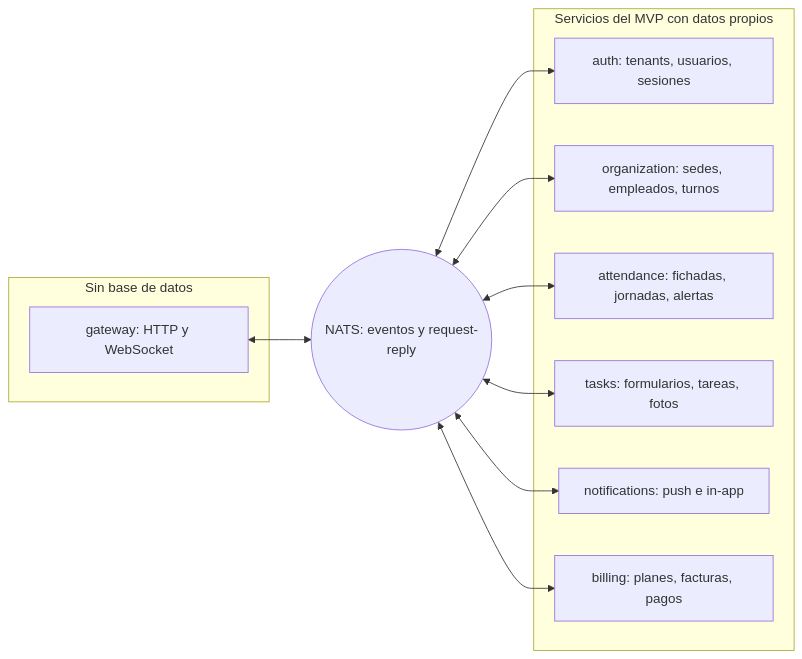
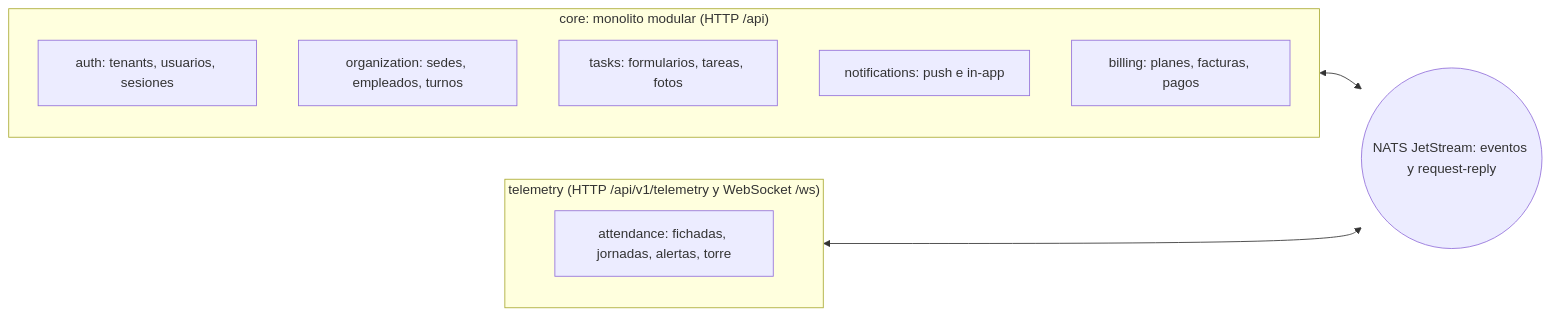
One commit to Josu98888/TeamWorkFlow changed the first of 7 diagrams in docs/database.md. Above: the diagram before and after it, drawn with Mermaid. The commit also changed other lines of this file, not shown here.

First line of the commit message:
docs(prisma): rehome attendance schema under telemetry and describe per-module schemas

````diff
--- a/docs/database.md
+++ b/docs/database.md
@@ -34,25 +36,19 @@
 ```mermaid
 flowchart LR
-  subgraph nodb["Sin base de datos"]
-    gateway["gateway: HTTP y WebSocket"]
-  end
+  NATS(("NATS JetStream: eventos y request-reply"))
 
-  NATS(("NATS: eventos y request-reply"))
-
-  subgraph withdb["Servicios del MVP con datos propios"]
+  subgraph core["core: monolito modular (HTTP /api)"]
     auth["auth: tenants, usuarios, sesiones"]
     organization["organization: sedes, empleados, turnos"]
-    attendance["attendance: fichadas, jornadas, alertas"]
     tasks["tasks: formularios, tareas, fotos"]
     notifications["notifications: push e in-app"]
     billing["billing: planes, facturas, pagos"]
   end
 
-  gateway <--> NATS
-  NATS <--> auth
-  NATS <--> organization
-  NATS <--> attendance
-  NATS <--> tasks
-  NATS <--> notifications
-  NATS <--> billing
+  subgraph telemetry["telemetry (HTTP /api/v1/telemetry y WebSocket /ws)"]
+    attendance["attendance: fichadas, jornadas, alertas, torre"]
+  end
+
+  core <--> NATS
+  telemetry <--> NATS
 ```
````
